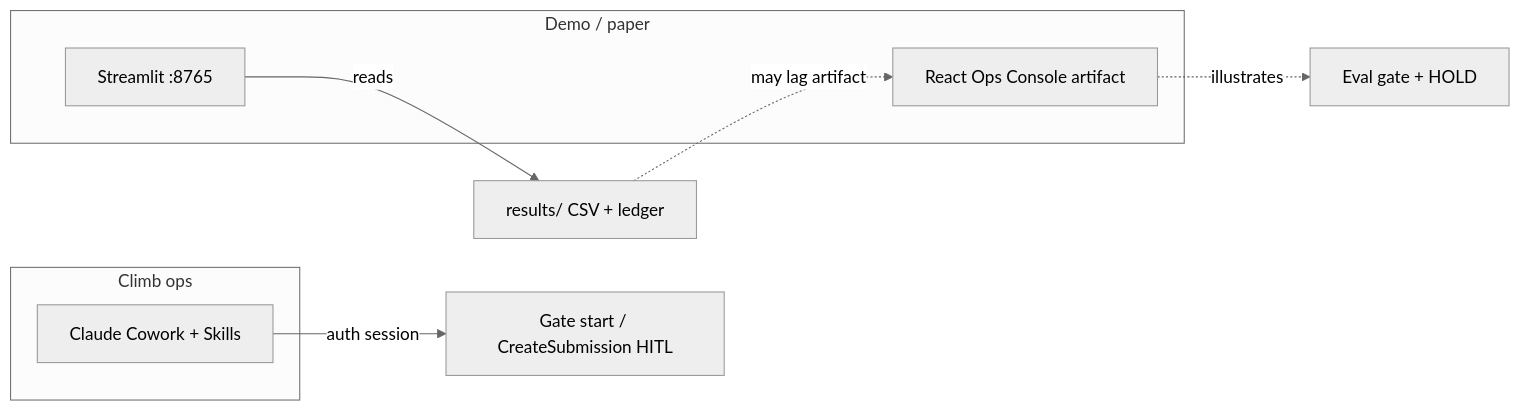
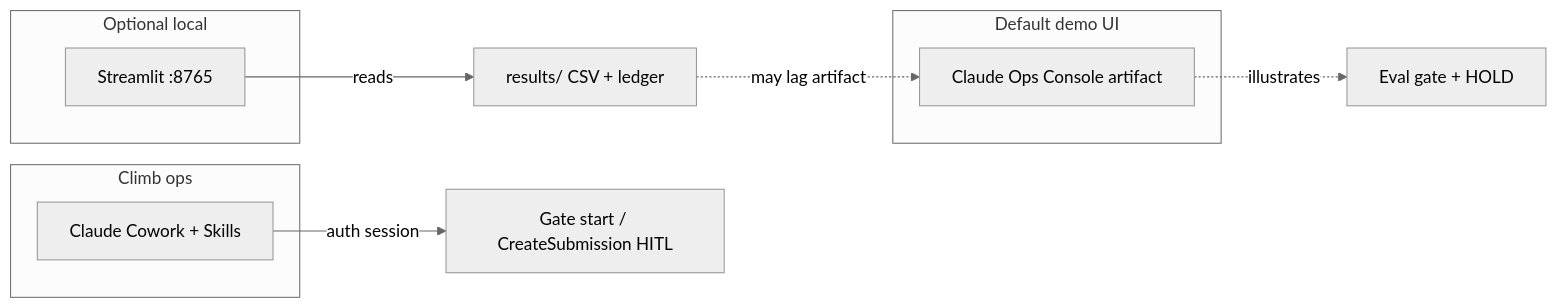
The diagram in docs/wiki/Ops-Console.md (khaosans/noisegate-gemma4-factory), drawn with Mermaid (neutral theme) before and after one commit. The commit also changed other lines of this file and 12 other files, not shown here.

First line of the commit message:
docs: Ops Console default UI + screenshots; restore changelog

````diff
--- a/docs/wiki/Ops-Console.md
+++ b/docs/wiki/Ops-Console.md
@@ -19,16 +25,19 @@
 ```mermaid
 flowchart LR
-  subgraph Demo["Demo / paper"]
-    React[React Ops Console artifact]
+  subgraph Default["Default demo UI"]
+    React[Claude Ops Console artifact]
+  end
+
+  subgraph Optional["Optional local"]
     ST[Streamlit :8765]
   end
 
   subgraph Climb["Climb ops"]
     CW[Claude Cowork + Skills]
   end
 
   React -.->|illustrates| Gate[Eval gate + HOLD]
   ST -->|reads| Results[results/ CSV + ledger]
   CW -->|auth session| Kaggle[Gate start / CreateSubmission HITL]
   Results -.->|may lag artifact| React
 ```
````
